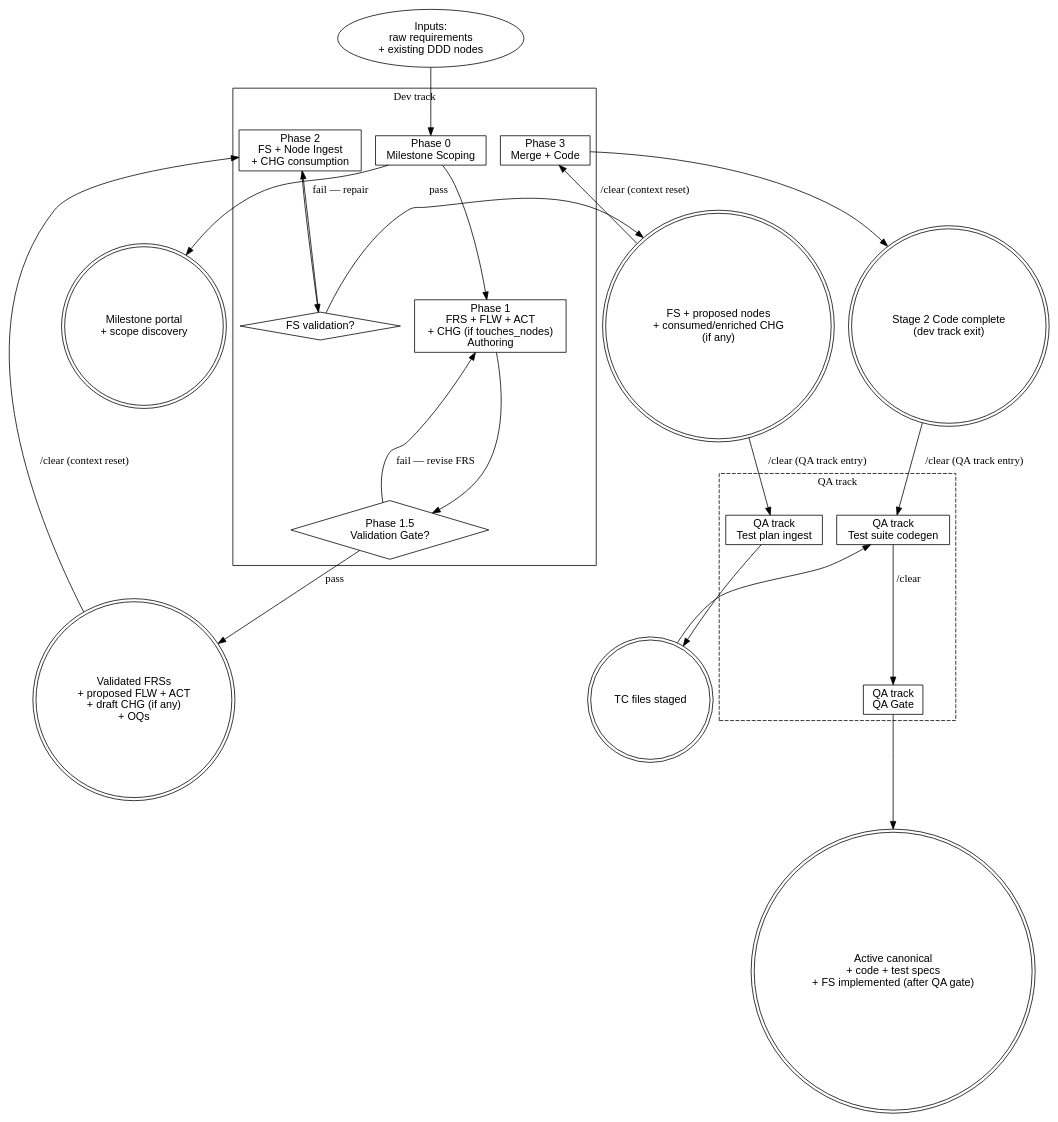
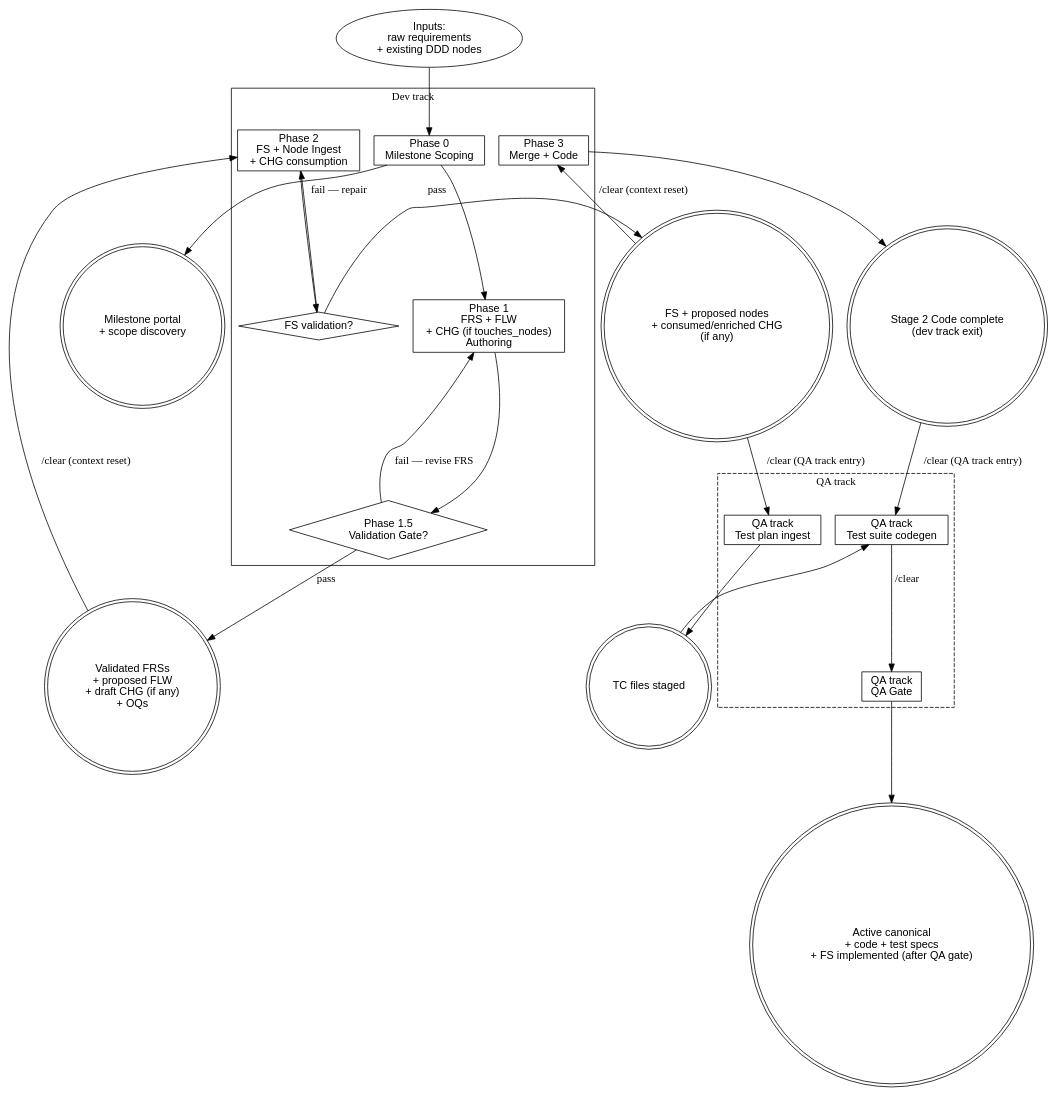
One commit to thapaliyabikendra/agentic-dev-workspace changed the diagram in sdlc/WORKFLOW.md. Above: the diagram before and after it, drawn with Graphviz. The commit also changed other lines of this file and 19 other files, not shown here.

First line of the commit message:
relocate ACT to Phase 2 birth; add STA discriminator + 2 sanity rules; survey Path C

````diff
--- a/sdlc/WORKFLOW.md
+++ b/sdlc/WORKFLOW.md
@@ -130,52 +128,52 @@
 ```dot
 digraph workflow_phases {
     rankdir=TB;
     node [fontname="Helvetica"];
 
     inputs    [shape=oval,  label="Inputs:\nraw requirements\n+ existing DDD nodes"];
 
     subgraph cluster_dev {
         label="Dev track";
         phase0    [shape=box,   label="Phase 0\nMilestone Scoping"];
-        phase1    [shape=box,   label="Phase 1\nFRS + FLW + ACT\n+ CHG (if touches_nodes)\nAuthoring"];
+        phase1    [shape=box,   label="Phase 1\nFRS + FLW\n+ CHG (if touches_nodes)\nAuthoring"];
         gate15    [shape=diamond, label="Phase 1.5\nValidation Gate?"];
         phase2    [shape=box,   label="Phase 2\nFS + Node Ingest\n+ CHG consumption"];
         fsval     [shape=diamond, label="FS validation?"];
         phase3a   [shape=box,   label="Phase 3\nMerge + Code"];
     }
 
     subgraph cluster_qa {
         label="QA track";
         style=dashed;
         phase2tp  [shape=box,   label="QA track\nTest plan ingest"];
         phase3b   [shape=box,   label="QA track\nTest suite codegen"];
         phase3c   [shape=box,   label="QA track\nQA Gate"];
     }
 
     out_ms        [shape=doublecircle, label="Milestone portal\n+ scope discovery"];
-    out_frs       [shape=doublecircle, label="Validated FRSs\n+ proposed FLW + ACT\n+ draft CHG (if any)\n+ OQs"];
+    out_frs       [shape=doublecircle, label="Validated FRSs\n+ proposed FLW\n+ draft CHG (if any)\n+ OQs"];
     out_fs        [shape=doublecircle, label="FS + proposed nodes\n+ consumed/enriched CHG\n(if any)"];
     out_tc        [shape=doublecircle, label="TC files staged"];
     out_impl_code [shape=doublecircle, label="Stage 2 Code complete\n(dev track exit)"];
     out_impl      [shape=doublecircle, label="Active canonical\n+ code + test specs\n+ FS implemented (after QA gate)"];
 
     inputs -> phase0;
     phase0 -> out_ms;
     phase0 -> phase1;
     phase1 -> gate15;
     gate15 -> phase1   [label="fail — revise FRS"];
     gate15 -> out_frs  [label="pass"];
     out_frs -> phase2  [label="/clear (context reset)"];
     phase2 -> fsval;
     fsval -> phase2    [label="fail — repair"];
     fsval -> out_fs    [label="pass"];
     out_fs -> phase2tp [label="/clear (QA track entry)"];
     out_fs -> phase3a  [label="/clear (context reset)"];
     phase2tp -> out_tc;
     out_tc -> phase3b;
     phase3a -> out_impl_code;
     out_impl_code -> phase3b [label="/clear (QA track entry)"];
     phase3b -> phase3c [label="/clear"];
     phase3c -> out_impl;
 }
 ```
````
